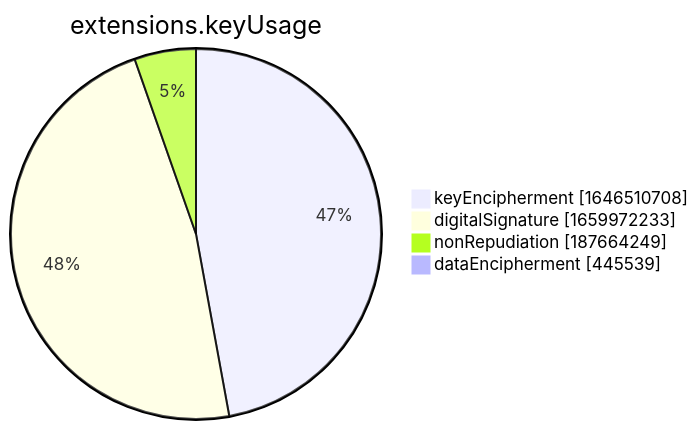
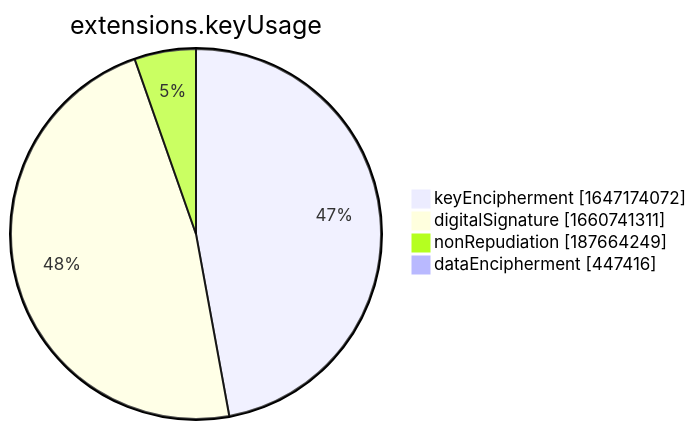
The seventh of 15 diagrams in xenon2022/README.md (christiankrug/ctmonitor_visualization), drawn with Mermaid before and after one commit. The commit also changed other lines of this file, not shown here.

````diff
--- a/xenon2022/README.md
+++ b/xenon2022/README.md
@@ -2857,8 +2857,8 @@
 ```mermaid
 pie showData
 title extensions.keyUsage
-"keyEncipherment" :1646510708
-"digitalSignature" :1659972233
+"keyEncipherment" :1647174072
+"digitalSignature" :1660741311
 "nonRepudiation" :187664249
-"dataEncipherment" :445539
+"dataEncipherment" :447416
 ```
````
